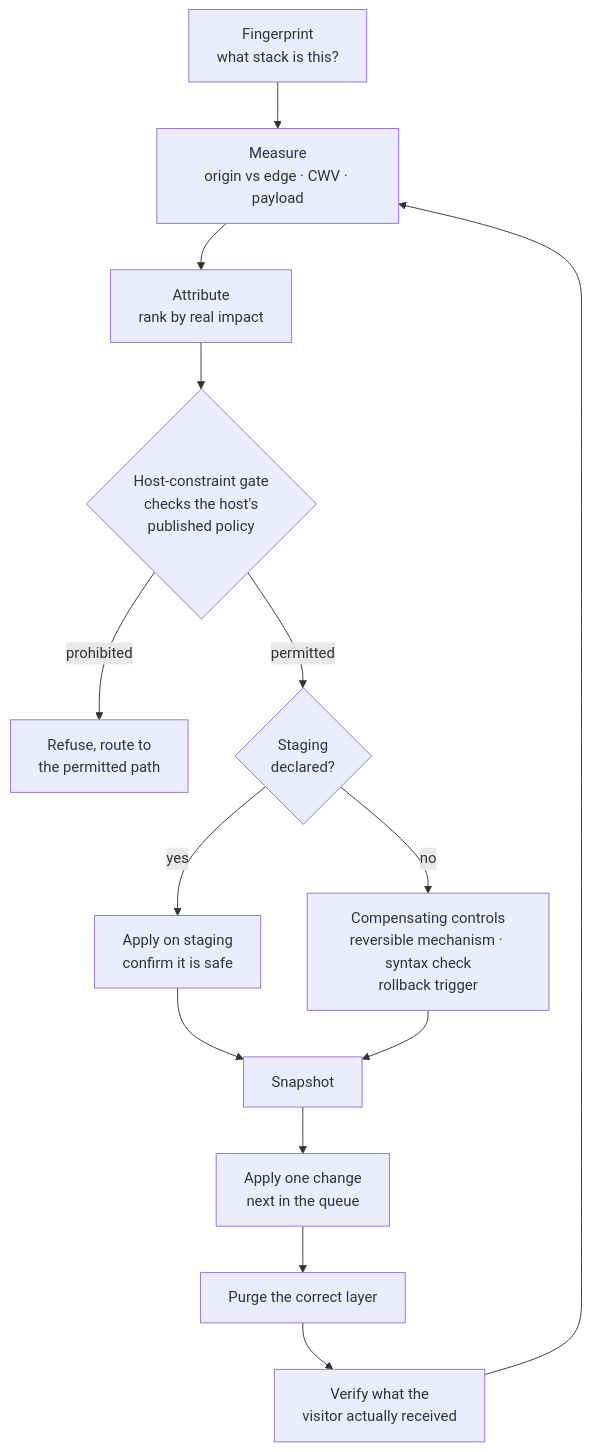
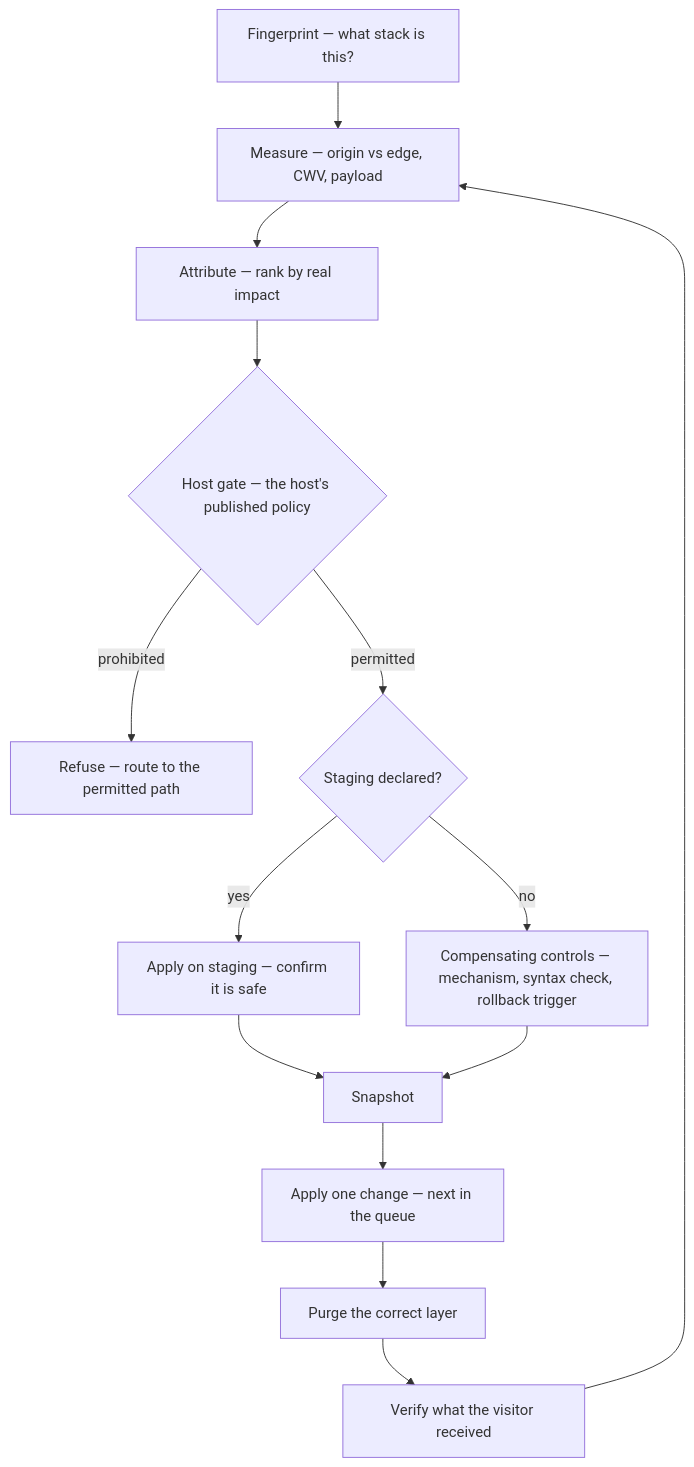
The third of 3 diagrams in README.md (billylui/wordpress-performance-skills), drawn with Mermaid before and after one commit. The commit also changed other lines of this file and 1 other file, not shown here.

Commit message:
Stop the diagrams depending on HTML for their line breaks
Every multi-line node label used `<br/>`, which only breaks a line when the
renderer has htmlLabels enabled. Where it does not — GitHub sanitises Mermaid
labels — the tag is stripped and the two lines run together, so the first
diagram read "Fingerprintwhat stack is this?".

Rather than swap one HTML form for another, the labels no longer need any: each
is a single line with a dash or comma separator. That renders identically on
GitHub, in VS Code's preview, on mermaid.live and in any static generator,
whatever the renderer's HTML setting, and it is robust whether the cause was
sanitisation or an htmlLabels default.

Sixteen labels across four diagrams. The fifth already had none.

Some labels were shortened rather than joined, because a joined one makes a very
wide node: the host-gate diamond now reads "Host gate — the host's published
policy" instead of three stacked lines, which is the same claim in the space a
diamond actually has.

````diff
--- a/README.md
+++ b/README.md
@@ -178,16 +178,16 @@
 ```mermaid
 flowchart TD
-    F["Fingerprint<br/>what stack is this?"] --> M["Measure<br/>origin vs edge · CWV · payload"]
-    M --> A["Attribute<br/>rank by real impact"]
-    A --> G{"Host-constraint gate<br/>checks the host's<br/>published policy"}
-    G -->|prohibited| R["Refuse, route to<br/>the permitted path"]
-    G -->|permitted| ST{"Staging<br/>declared?"}
-    ST -->|yes| SG["Apply on staging<br/>confirm it is safe"]
-    ST -->|no| CC["Compensating controls<br/>reversible mechanism · syntax check<br/>rollback trigger"]
+    F["Fingerprint — what stack is this?"] --> M["Measure — origin vs edge, CWV, payload"]
+    M --> A["Attribute — rank by real impact"]
+    A --> G{"Host gate — the host's published policy"}
+    G -->|prohibited| R["Refuse — route to the permitted path"]
+    G -->|permitted| ST{"Staging declared?"}
+    ST -->|yes| SG["Apply on staging — confirm it is safe"]
+    ST -->|no| CC["Compensating controls — mechanism, syntax check, rollback trigger"]
     SG --> S["Snapshot"]
     CC --> S
-    S --> AP["Apply one change<br/>next in the queue"]
+    S --> AP["Apply one change — next in the queue"]
     AP --> PG["Purge the correct layer"]
-    PG --> V["Verify what the<br/>visitor actually received"]
+    PG --> V["Verify what the visitor received"]
     V --> M
 ```
````
